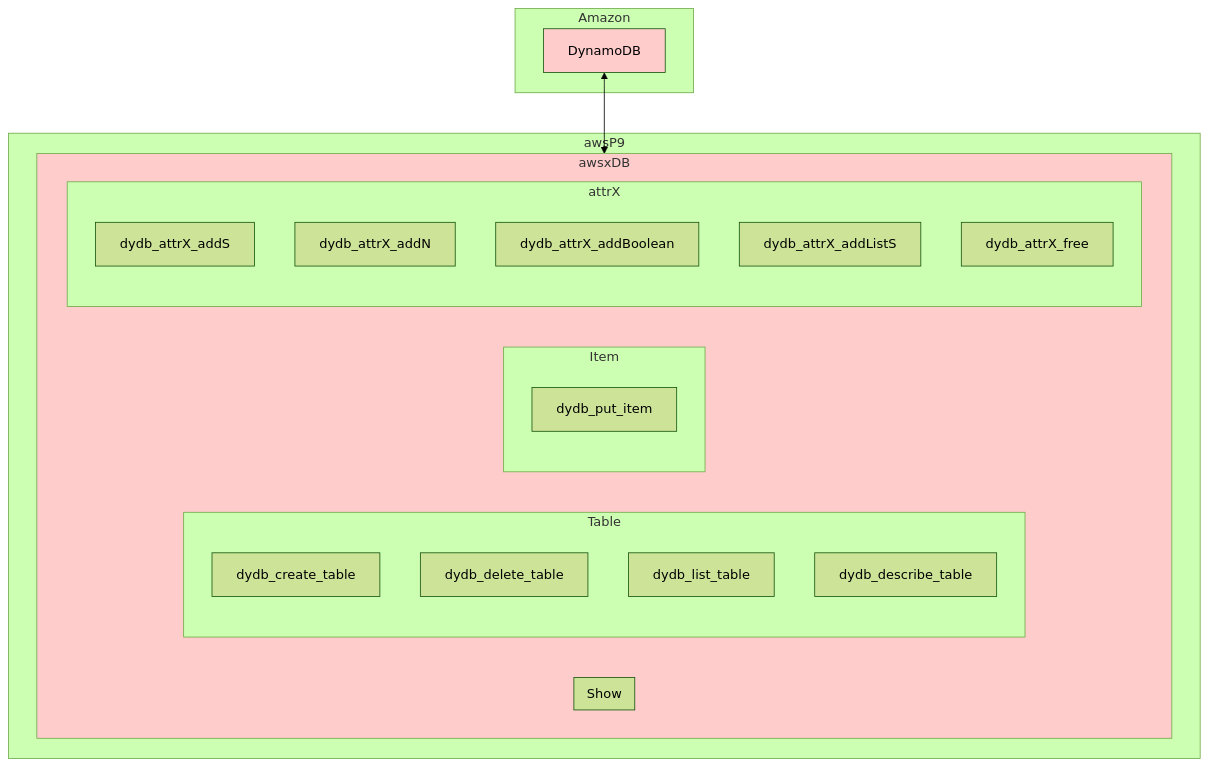
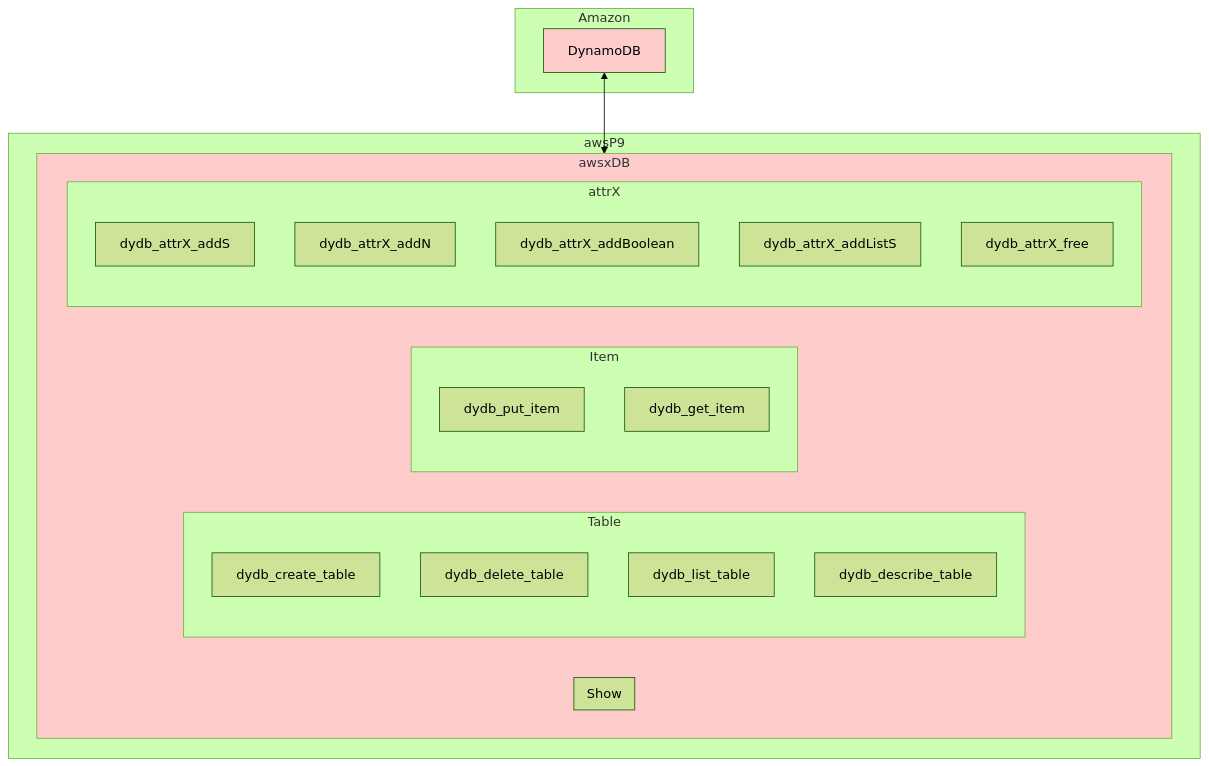
One commit to lankahsu520/awsP9 changed the first of 2 diagrams in README.md. Above: the diagram before and after it, drawn with Mermaid (forest theme). The commit also changed 2 other files, not shown here.

Commit message:
for DynamoDB, add dydb_get_item

````diff
--- a/README.md
+++ b/README.md
@@ -15,50 +15,50 @@
 ```mermaid
 flowchart TD
 	subgraph Amazon
 		DynamoDB
 	end
 
 	subgraph awsP9
 		subgraph awsxDB
 			subgraph Show
 				
 
 
 
 			end
 			subgraph Table
 				dydb_create_table
 				dydb_delete_table
 				dydb_list_table
 				dydb_describe_table
 			end
 
 			subgraph Item
 				
 				dydb_put_item
 
 
-
+				dydb_get_item
 
 
 			end
 			
 			subgraph attrX
 				dydb_attrX_addS
 				dydb_attrX_addN
 				dydb_attrX_addBoolean
 				dydb_attrX_addListS
 				dydb_attrX_free
 			end
 		end
 	end
 	DynamoDB <--> awsxDB
 
 	classDef yellow fill:#FFFFCC
 	classDef pink fill:#FFCCCC
 	classDef blue fill:#0000FF
 	classDef lightblue fill:#ADD8E6
 
 	class DynamoDB pink
 	class awsxDB pink
 ```
````
